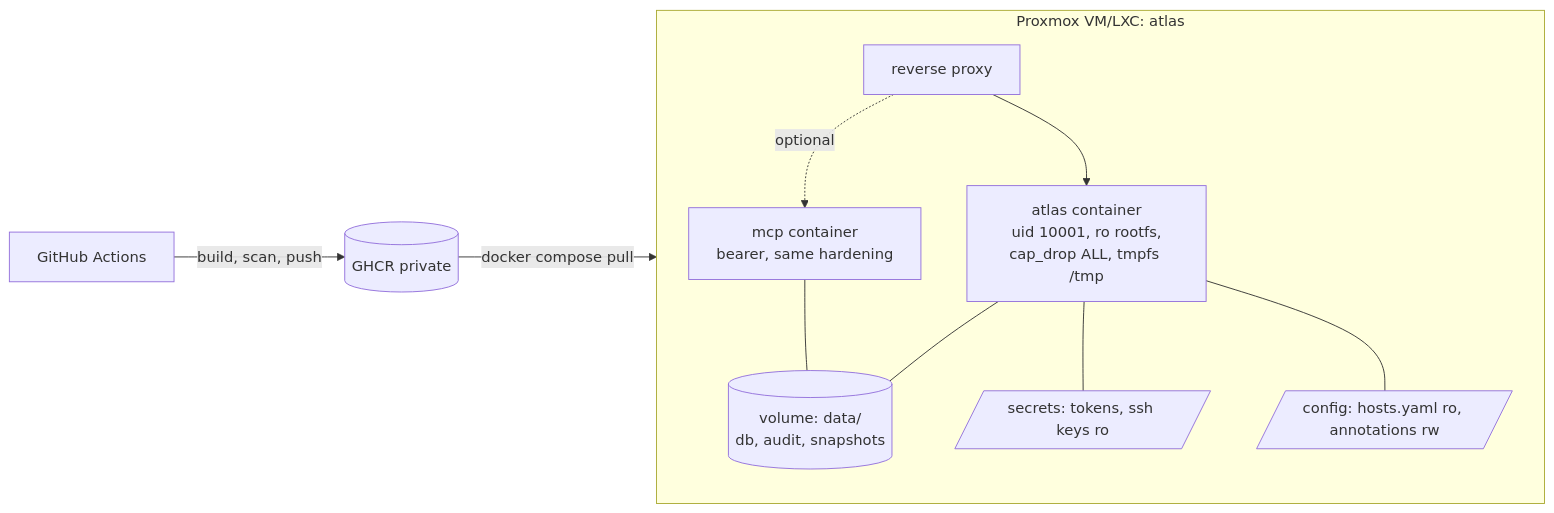
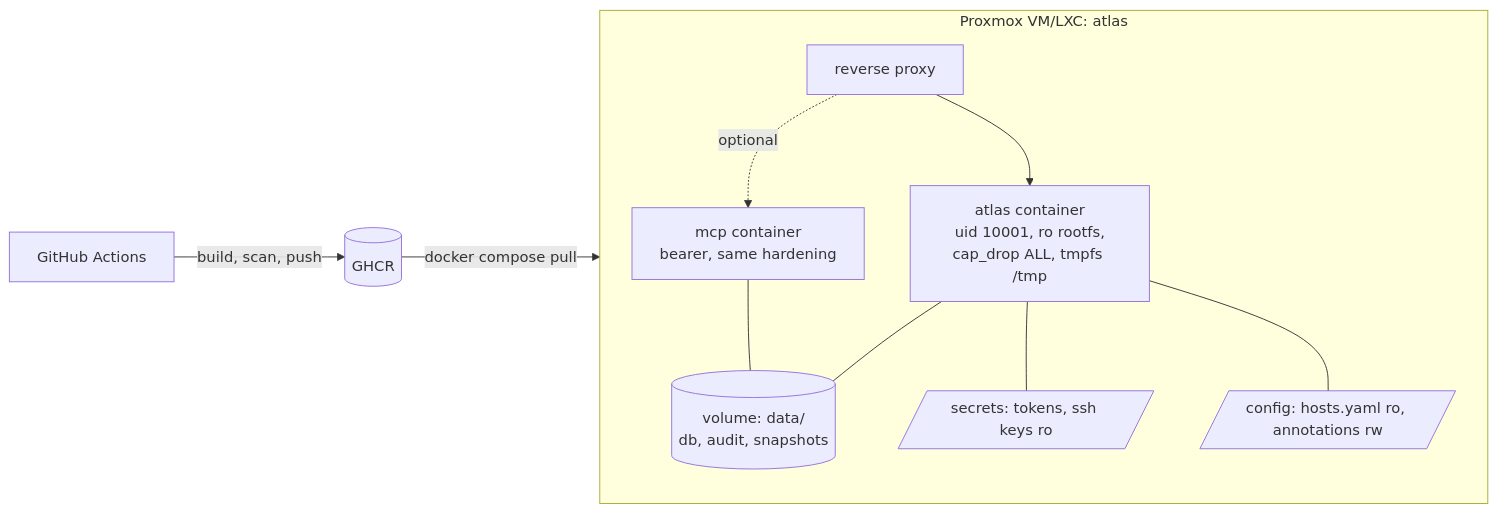
Before and after one commit to FouadHellal/Homelab-Docs: the sixth of 6 diagrams in docs/ARCHITECTURE.md, drawn with Mermaid. The commit also changed 10 other files, not shown here.

````diff
--- a/docs/ARCHITECTURE.md
+++ b/docs/ARCHITECTURE.md
@@ -178,14 +178,14 @@
 ```mermaid
 flowchart LR
-  gh[GitHub Actions] -- build, scan, push --> ghcr[(GHCR private)]
+  gh[GitHub Actions] -- build, scan, push --> ghcr[(GHCR)]
   ghcr -- docker compose pull --> vm
   subgraph vm[Proxmox VM/LXC: atlas]
     direction TB
     rp2[reverse proxy] --> c1[atlas container<br/>uid 10001, ro rootfs,<br/>cap_drop ALL, tmpfs /tmp]
     c1 --- v1[(volume: data/<br/>db, audit, snapshots)]
     c1 --- v2[/secrets: tokens, ssh keys ro/]
     c1 --- v3[/config: hosts.yaml ro, annotations rw/]
     rp2 -. optional .-> c2[mcp container<br/>bearer, same hardening]
     c2 --- v1
   end
 ```
````
